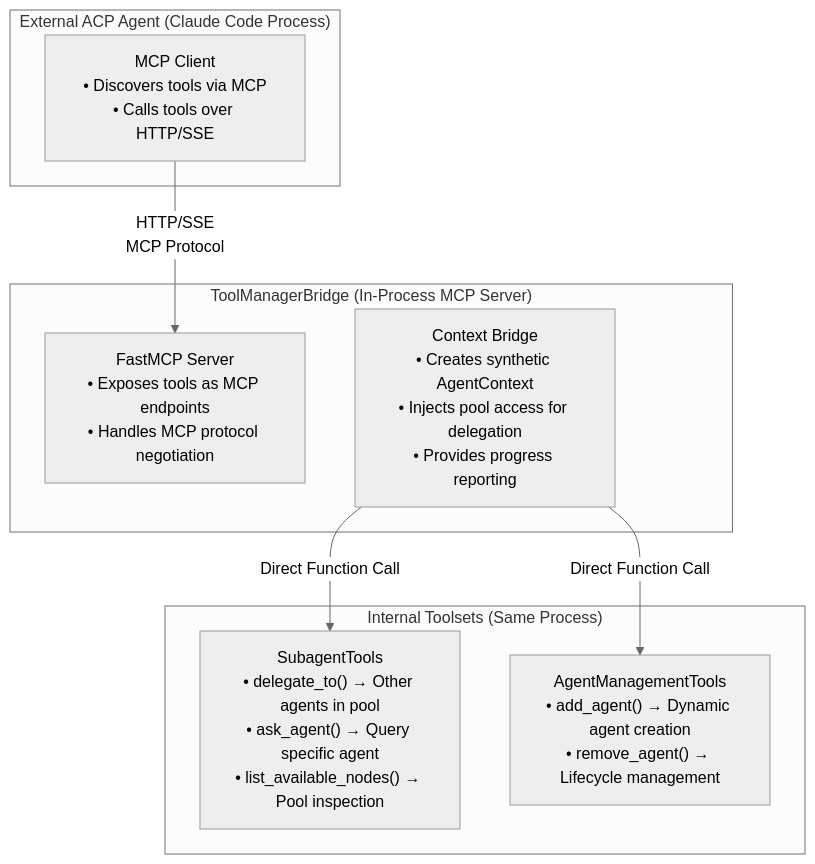
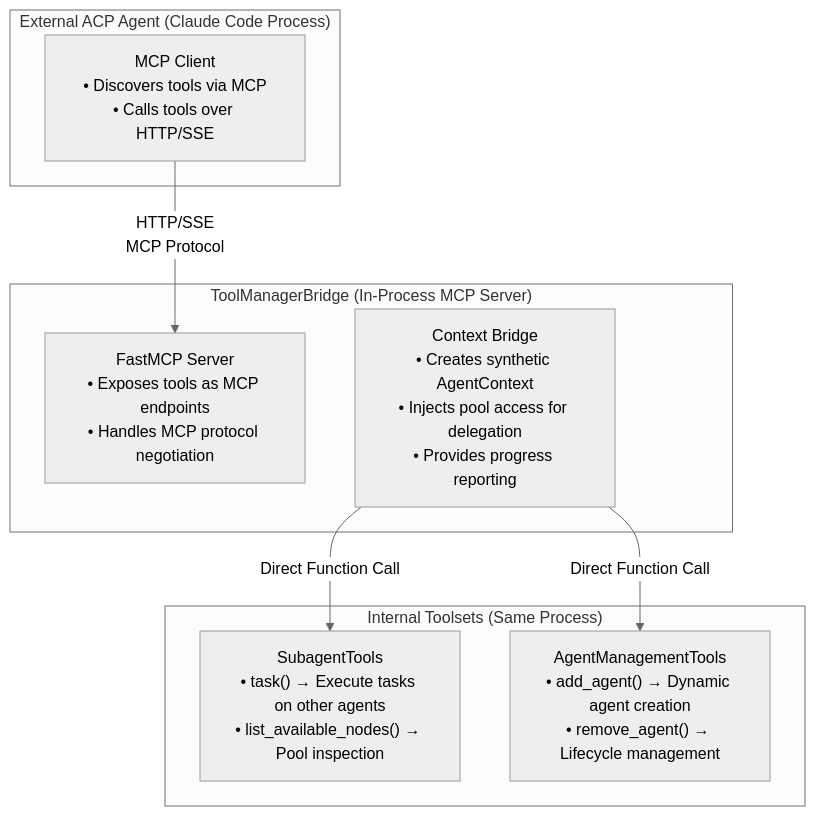
One commit to phil65/llmling-agent changed the fifth of 5 diagrams in docs/advanced/acp-integration.md. Above: the diagram before and after it, drawn with Mermaid (neutral theme). The commit also changed other lines of this file and 13 other files, not shown here.

````diff
--- a/docs/advanced/acp-integration.md
+++ b/docs/advanced/acp-integration.md
@@ -557,20 +557,20 @@
 ```mermaid
 graph TB
     subgraph External["External ACP Agent (Claude Code Process)"]
         MCP["MCP Client<br/>• Discovers tools via MCP<br/>• Calls tools over HTTP/SSE"]
     end
     
     subgraph Bridge["ToolManagerBridge (In-Process MCP Server)"]
         FastMCP["FastMCP Server<br/>• Exposes tools as MCP endpoints<br/>• Handles MCP protocol negotiation"]
         Context["Context Bridge<br/>• Creates synthetic AgentContext<br/>• Injects pool access for delegation<br/>• Provides progress reporting"]
     end
     
     subgraph Internal["Internal Toolsets (Same Process)"]
-        Subagent["SubagentTools<br/>• delegate_to() → Other agents in pool<br/>• ask_agent() → Query specific agent<br/>• list_available_nodes() → Pool inspection"]
+        Subagent["SubagentTools<br/>• task() → Execute tasks on other agents<br/>• list_available_nodes() → Pool inspection"]
         Management["AgentManagementTools<br/>• add_agent() → Dynamic agent creation<br/>• remove_agent() → Lifecycle management"]
     end
     
     MCP -->|HTTP/SSE<br/>MCP Protocol| FastMCP
     Context -->|Direct Function Call| Subagent
     Context -->|Direct Function Call| Management
 ```
````
